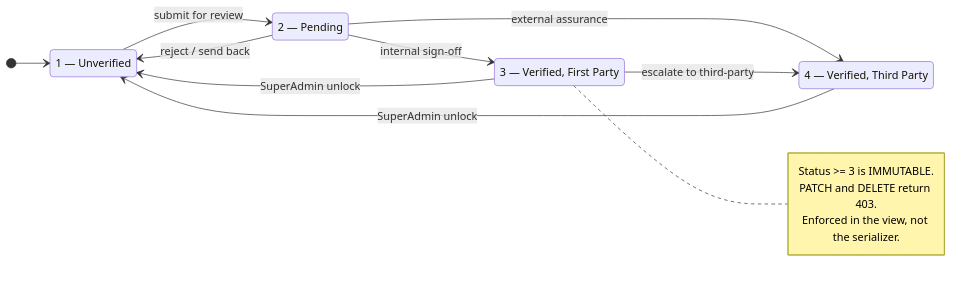
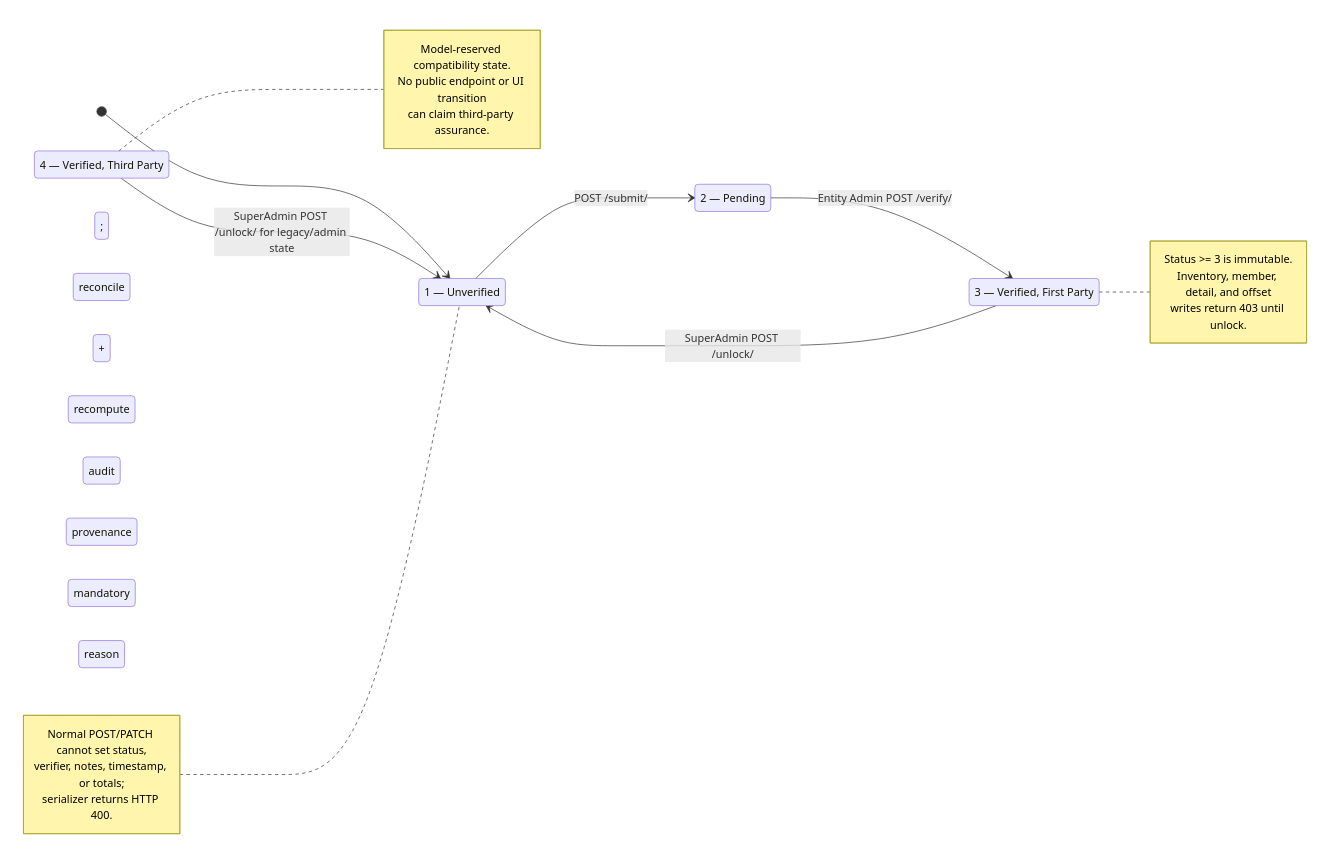
One commit to Software-Lifecycle-Consultants/SusDevOS-Pro changed the first of 7 diagrams in docs/diagrams/uml/07-state-machines.md. Above: the diagram before and after it, drawn with Mermaid. The commit also changed other lines of this file and 13 other files, not shown here.

First line of the commit message:
docs: update stories and diagrams for the inventory lifecycle

````diff
--- a/docs/diagrams/uml/07-state-machines.md
+++ b/docs/diagrams/uml/07-state-machines.md
@@ -14,24 +18,33 @@
 ```mermaid
 stateDiagram-v2
     direction LR
     [*] --> Unverified
 
     Unverified: 1 — Unverified
     Pending: 2 — Pending
     VerifiedFirst: 3 — Verified, First Party
     VerifiedThird: 4 — Verified, Third Party
 
-    Unverified --> Pending: submit for review
-    Pending --> Unverified: reject / send back
-    Pending --> VerifiedFirst: internal sign-off
-    Pending --> VerifiedThird: external assurance
-    VerifiedFirst --> VerifiedThird: escalate to third-party
-    VerifiedThird --> Unverified: SuperAdmin unlock
-    VerifiedFirst --> Unverified: SuperAdmin unlock
+    Unverified --> Pending: POST /submit/; reconcile + recompute + audit
+    Pending --> VerifiedFirst: Entity Admin POST /verify/; recompute + provenance + audit
+    VerifiedFirst --> Unverified: SuperAdmin POST /unlock/; mandatory reason + audit
+    VerifiedThird --> Unverified: SuperAdmin POST /unlock/ for legacy/admin state
 
     note right of VerifiedFirst
-        Status >= 3 is IMMUTABLE.
-        PATCH and DELETE return 403.
-        Enforced in the view, not the serializer.
+        Status >= 3 is immutable.
+        Inventory, member, detail, and offset
+        writes return 403 until unlock.
+    end note
+
+    note right of VerifiedThird
+        Model-reserved compatibility state.
+        No public endpoint or UI transition
+        can claim third-party assurance.
+    end note
+
+    note left of Unverified
+        Normal POST/PATCH cannot set status,
+        verifier, notes, timestamp, or totals;
+        serializer returns HTTP 400.
     end note
 ```
````
